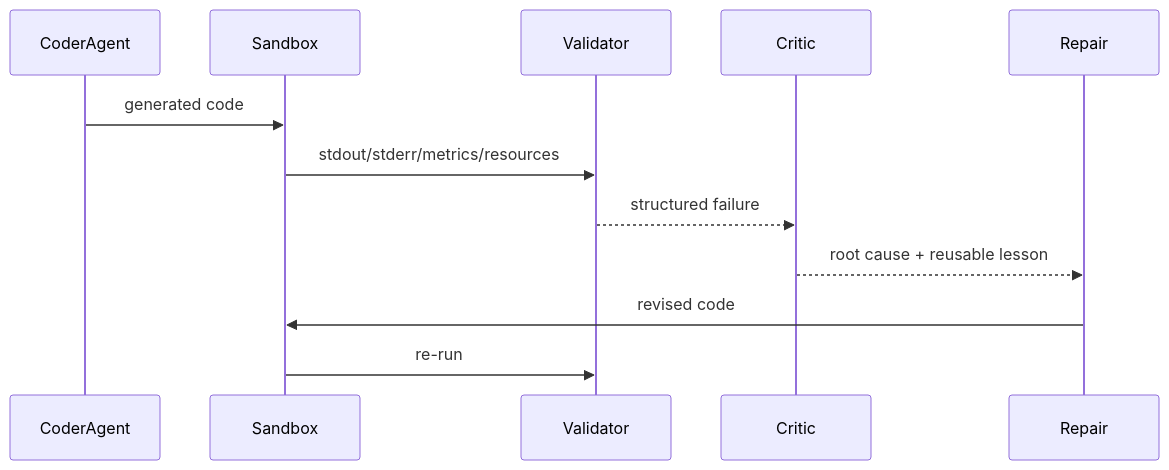
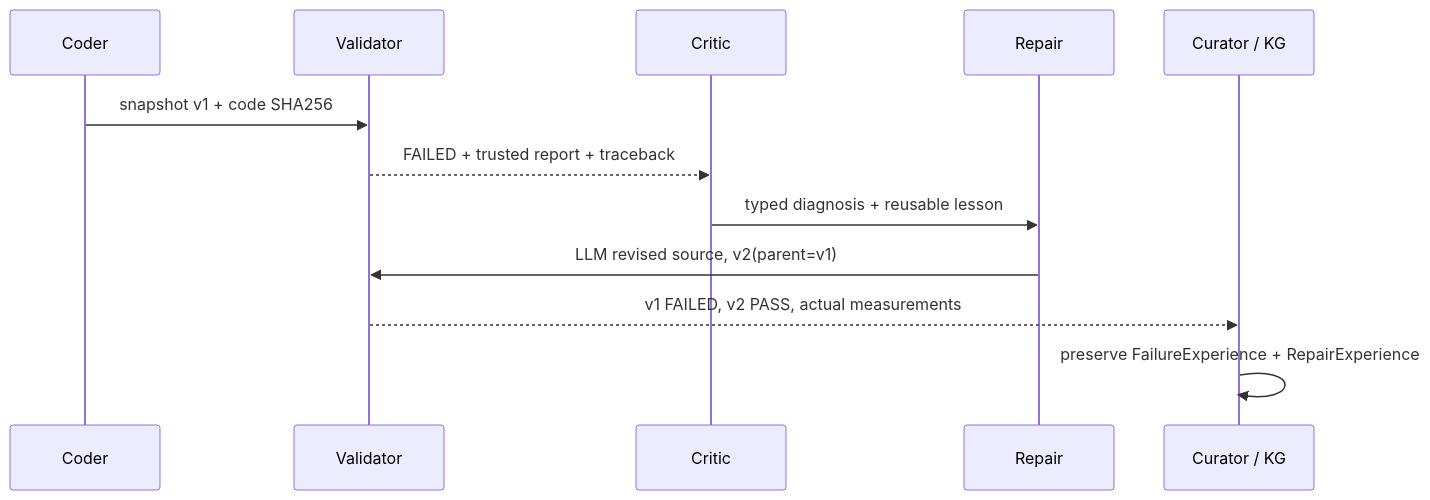
Before and after one commit to cucu220123/ai_agent: the third of 4 diagrams in docs/ARCHITECTURE.md, drawn with Mermaid. The commit also changed other lines of this file and 3 other files, not shown here.

Commit message:
docs: describe real GraphRAG architecture contracts and reproducible model setup

````diff
--- a/docs/ARCHITECTURE.md
+++ b/docs/ARCHITECTURE.md
@@ -45,14 +82,14 @@
 ```mermaid
 sequenceDiagram
-  participant C as CoderAgent
-  participant S as Sandbox
-  participant V as Validator
-  participant X as Critic
-  participant R as Repair
-  C->>S: generated code
-  S->>V: stdout/stderr/metrics/resources
-  V-->>X: structured failure
-  X-->>R: root cause + reusable lesson
-  R->>S: revised code
-  S->>V: re-run
+    participant C as Coder
+    participant V as Validator
+    participant K as Critic
+    participant R as Repair
+    participant DB as Curator / KG
+    C->>V: snapshot v1 + code SHA256
+    V-->>K: FAILED + trusted report + traceback
+    K->>R: typed diagnosis + reusable lesson
+    R->>V: LLM revised source, v2(parent=v1)
+    V-->>DB: v1 FAILED, v2 PASS, actual measurements
+    DB->>DB: preserve FailureExperience + RepairExperience
 ```
````
